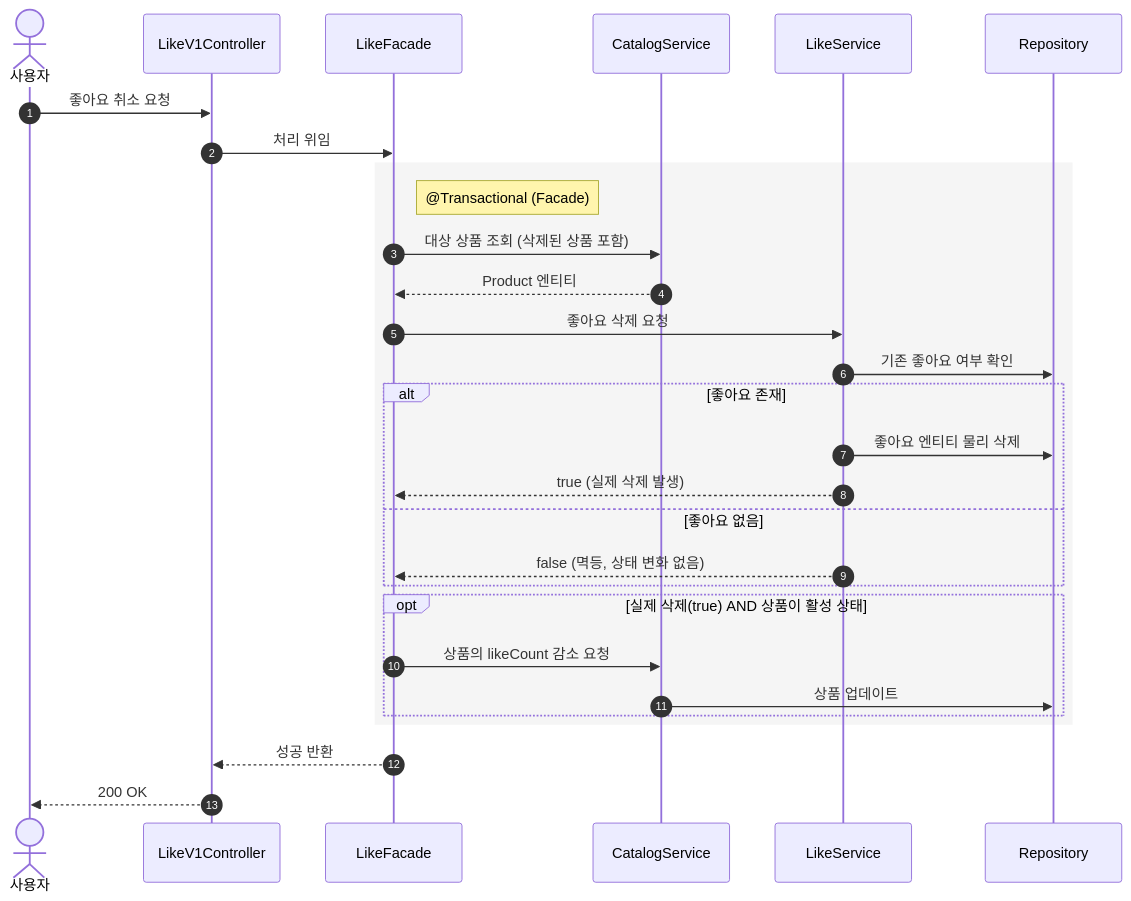
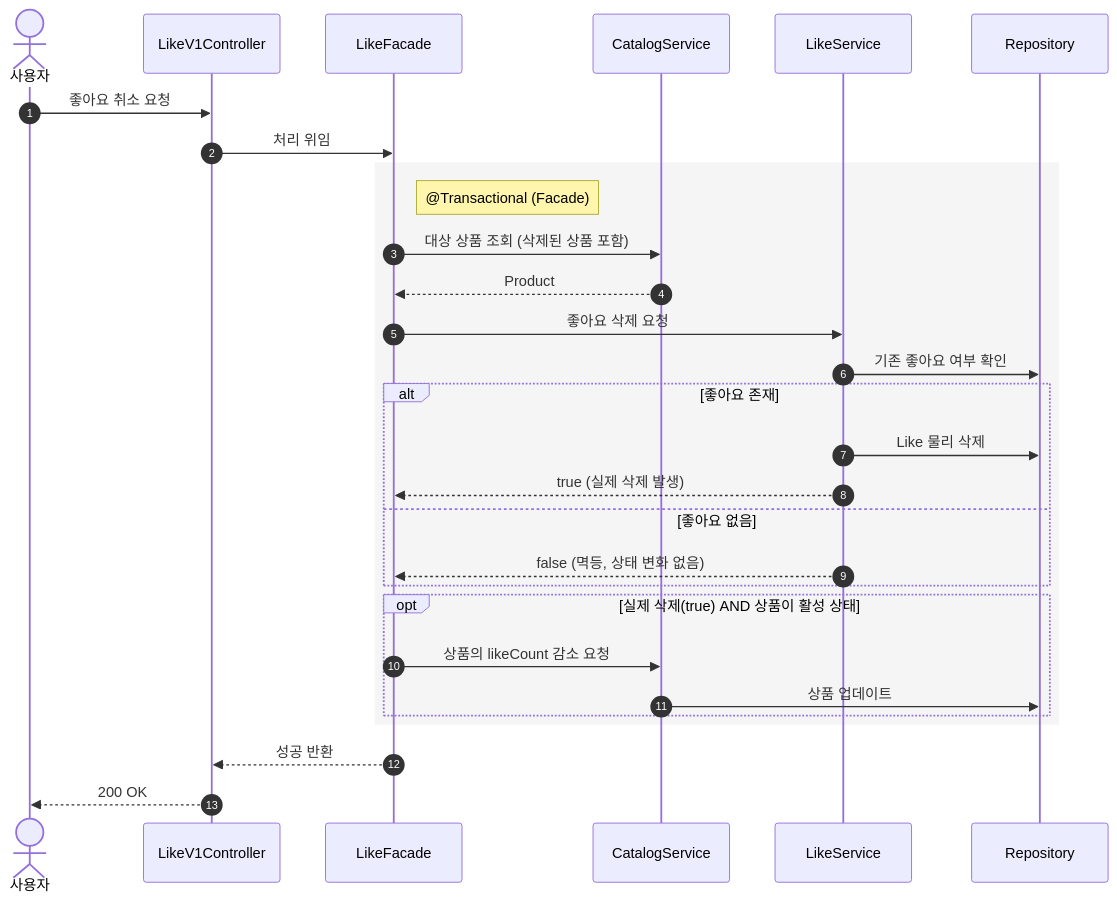
One commit to Loopers-dev-lab/loop-pack-be-l2-vol3-kotlin changed diagram 17 of 26 in docs/design/02-sequence-diagrams.md. Above: the diagram before and after it, drawn with Mermaid. The commit also changed other lines of this file and 6 other files, not shown here.

````diff
--- a/docs/design/02-sequence-diagrams.md
+++ b/docs/design/02-sequence-diagrams.md
@@ -461,34 +461,34 @@
 ```mermaid
 sequenceDiagram
     autonumber
     actor User as 사용자
     participant C as LikeV1Controller
     participant F as LikeFacade
     participant CS as CatalogService
     participant LS as LikeService
     participant R as Repository
     User ->> C: 좋아요 취소 요청
     C ->> F: 처리 위임
 
     rect rgb(245, 245, 245)
         Note right of F: @Transactional (Facade)
         F ->> CS: 대상 상품 조회 (삭제된 상품 포함)
-        CS -->> F: Product 엔티티
+        CS -->> F: Product
         F ->> LS: 좋아요 삭제 요청
         LS ->> R: 기존 좋아요 여부 확인
         alt 좋아요 존재
-            LS ->> R: 좋아요 엔티티 물리 삭제
+            LS ->> R: Like 물리 삭제
             LS -->> F: true (실제 삭제 발생)
         else 좋아요 없음
             LS -->> F: false (멱등, 상태 변화 없음)
         end
 
         opt 실제 삭제(true) AND 상품이 활성 상태
             F ->> CS: 상품의 likeCount 감소 요청
             CS ->> R: 상품 업데이트
         end
     end
 
     F -->> C: 성공 반환
     C -->> User: 200 OK
 ```
````
